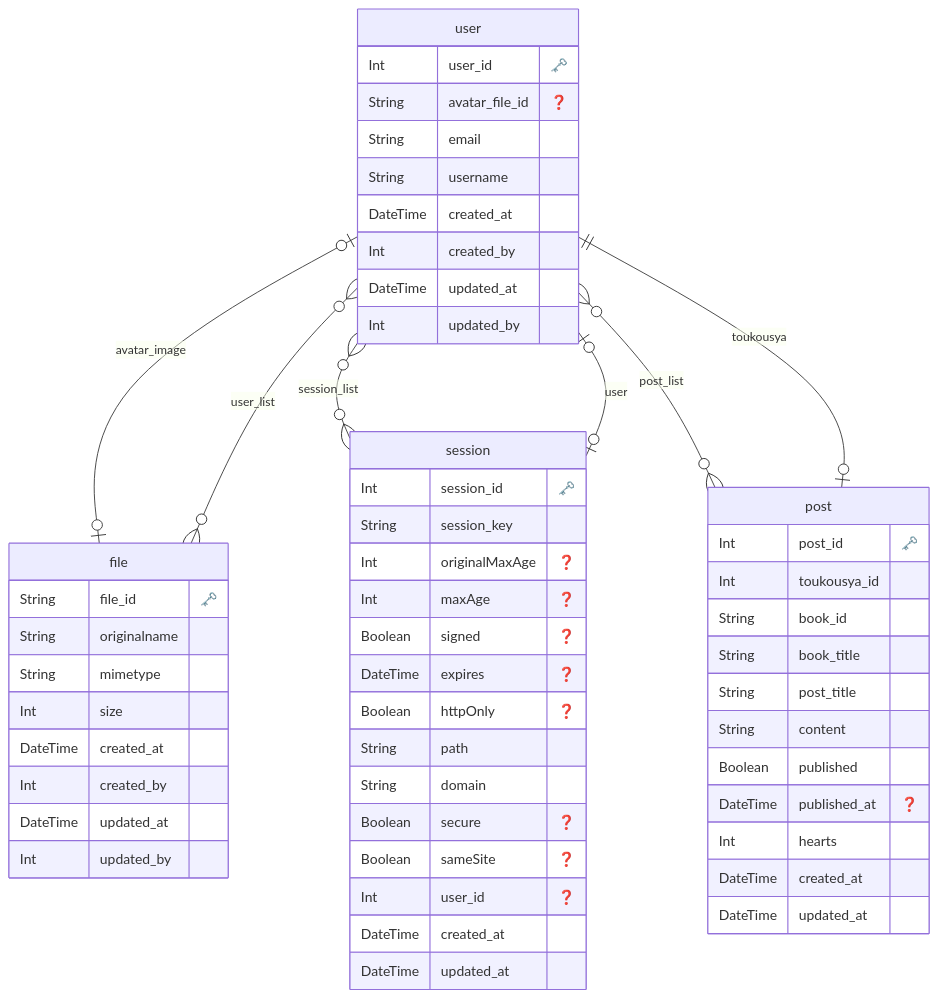
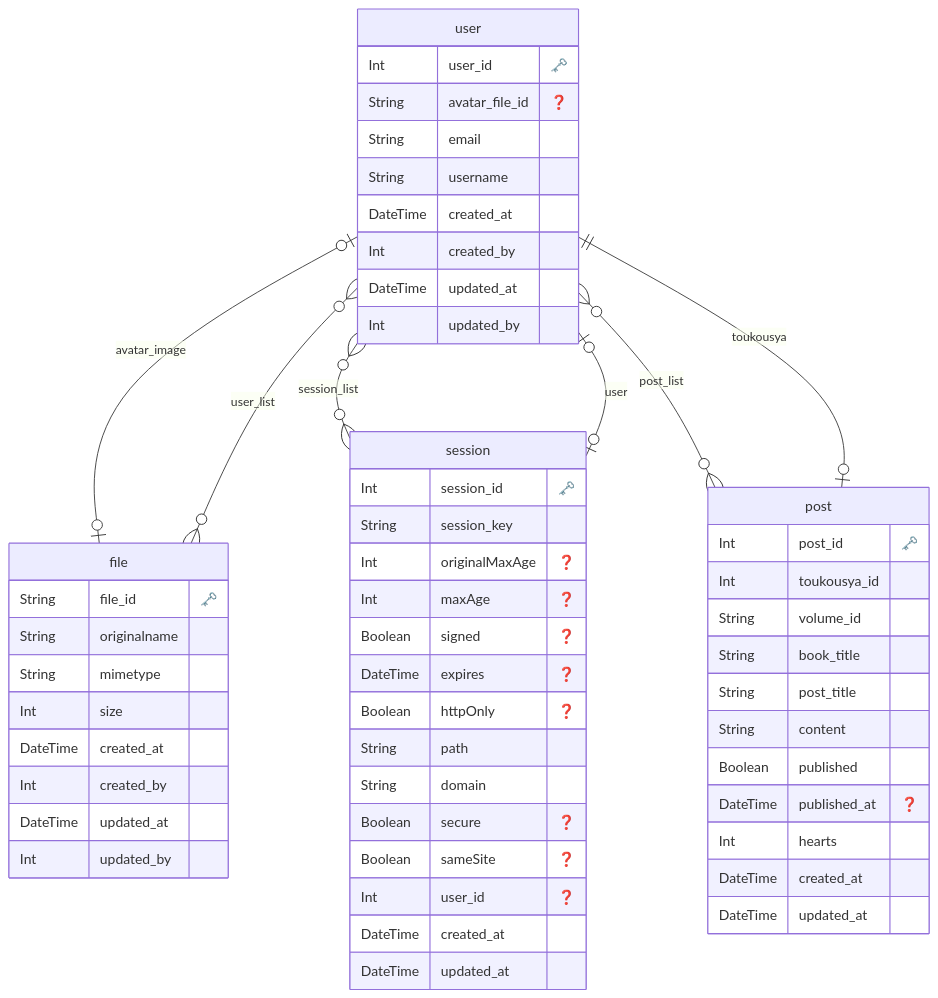
Before and after one commit to oktntko/book-share: the diagram in book-share-express/prisma/ERD.md, drawn with Mermaid. The commit also changed 15 other files, not shown here.

````diff
--- a/book-share-express/prisma/ERD.md
+++ b/book-share-express/prisma/ERD.md
@@ -1,66 +1,66 @@
 ```mermaid
 erDiagram
 
   "user" {
     Int user_id "🗝️"
     String avatar_file_id "❓"
     String email 
     String username 
     DateTime created_at 
     Int created_by 
     DateTime updated_at 
     Int updated_by 
     }
   
 
   "session" {
     Int session_id "🗝️"
     String session_key 
     Int originalMaxAge "❓"
     Int maxAge "❓"
     Boolean signed "❓"
     DateTime expires "❓"
     Boolean httpOnly "❓"
     String path 
     String domain 
     Boolean secure "❓"
     Boolean sameSite "❓"
     Int user_id "❓"
     DateTime created_at 
     DateTime updated_at 
     }
   
 
   "file" {
     String file_id "🗝️"
     String originalname 
     String mimetype 
     Int size 
     DateTime created_at 
     Int created_by 
     DateTime updated_at 
     Int updated_by 
     }
   
 
   "post" {
     Int post_id "🗝️"
     Int toukousya_id 
-    String book_id 
+    String volume_id 
     String book_title 
     String post_title 
     String content 
     Boolean published 
     DateTime published_at "❓"
     Int hearts 
     DateTime created_at 
     DateTime updated_at 
     }
   
     "user" o|--|o "file" : "avatar_image"
     "user" o{--}o "session" : "session_list"
     "user" o{--}o "post" : "post_list"
     "session" o|--|o "user" : "user"
     "file" o{--}o "user" : "user_list"
     "post" o|--|| "user" : "toukousya"
 ```
````
